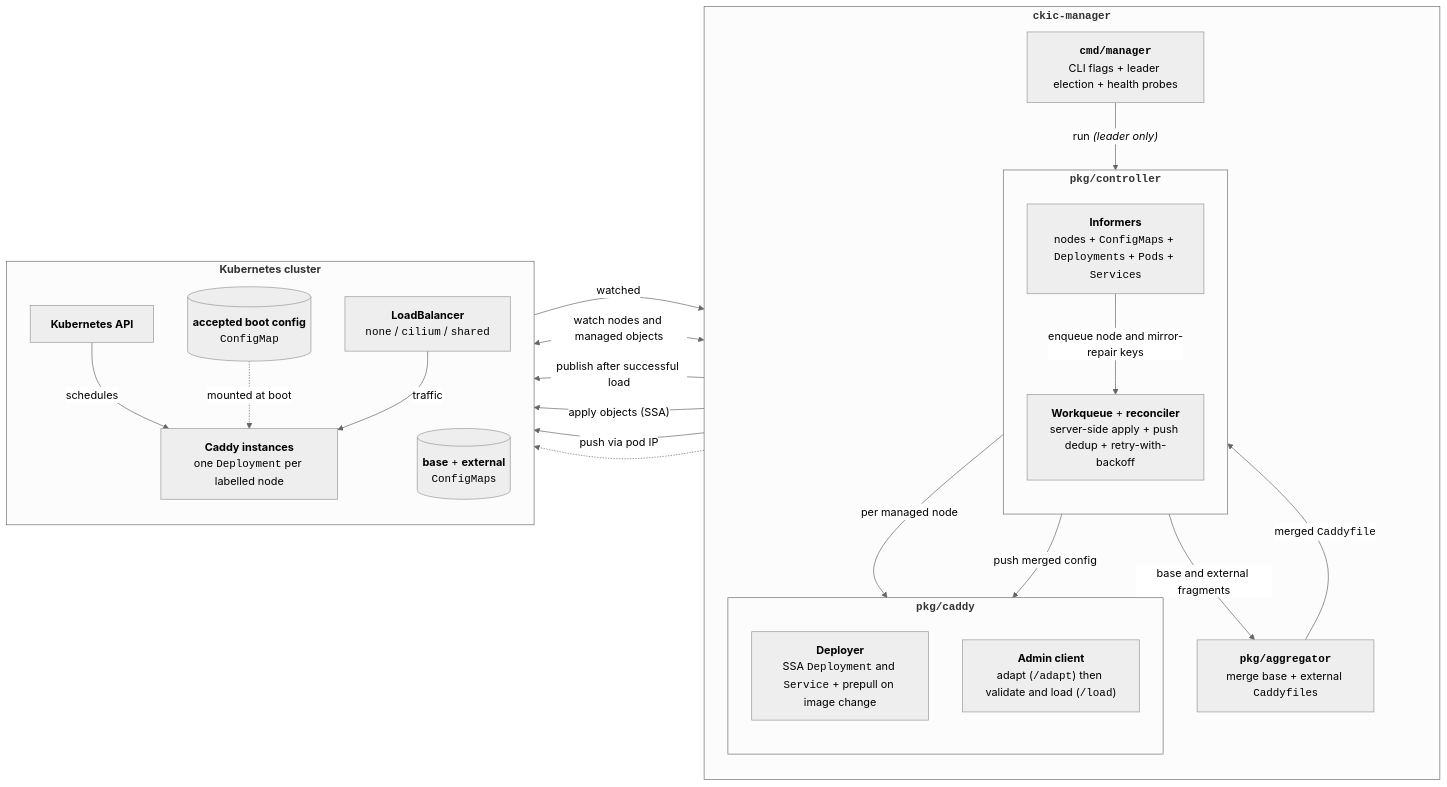
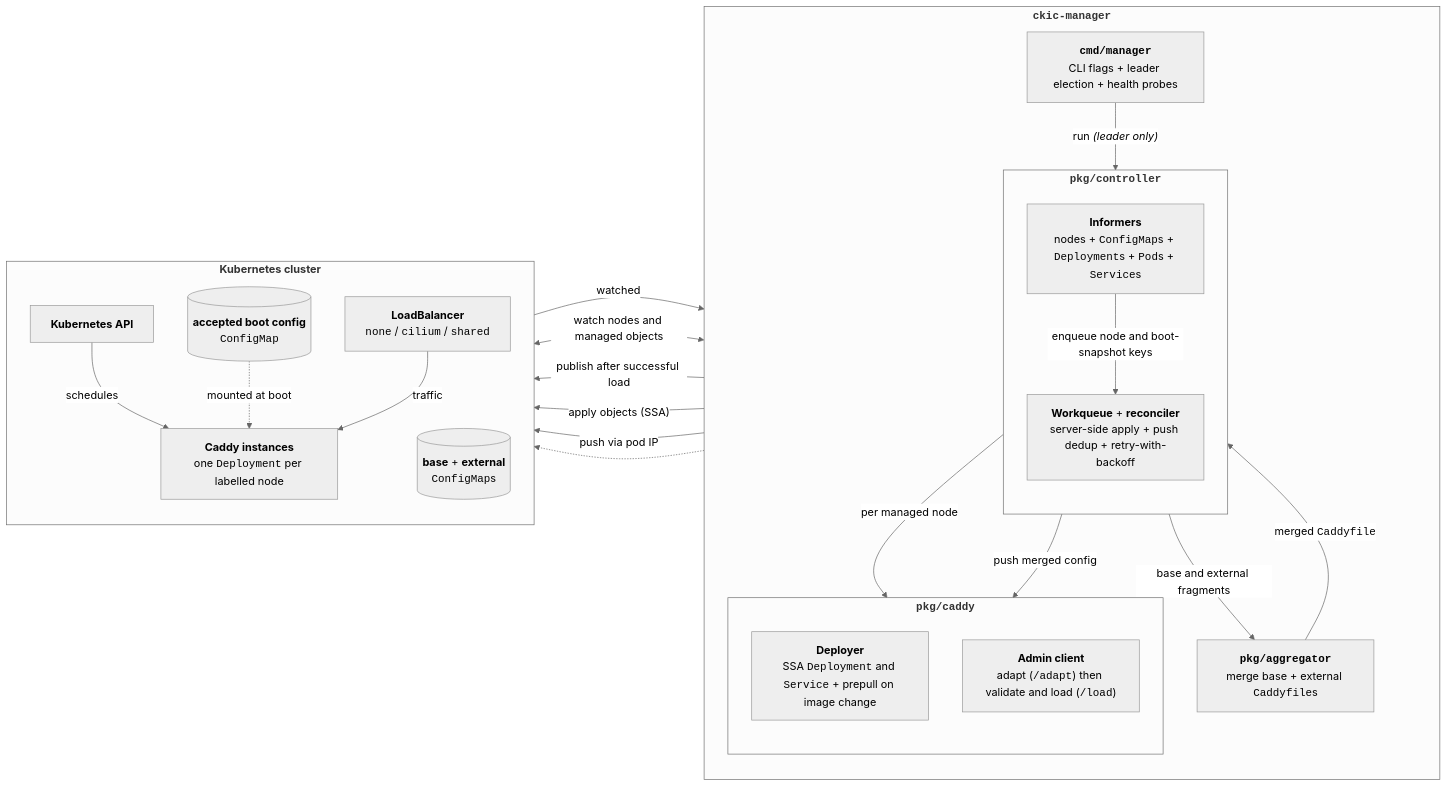
One commit to vapronva/ckic changed the diagram in README.md. Above: the diagram before and after it, drawn with Mermaid (neutral theme). The commit also changed 15 other files, not shown here.

Commit message:
fix: decouple accepted boot-snapshot publishing + validate environment secrets + skip invalid teardown labels; chore: go 1.27.2 + bump deps

````diff
--- a/README.md
+++ b/README.md
@@ -7,41 +7,41 @@
 ```mermaid
 flowchart LR
     subgraph Manager["<b><code>ckic-manager</code></b>"]
         direction TB
         Entry["<b><code>cmd/manager</code></b><br/>CLI flags + leader election + health probes"]
         subgraph Ctrl["<b><code>pkg/controller</code></b>"]
             direction TB
             Informers["<b>Informers</b><br/>nodes + <code>ConfigMap</code>s + <code>Deployment</code>s + <code>Pod</code>s + <code>Service</code>s"]
             Reconciler["<b>Workqueue</b> + <b>reconciler</b><br/>server-side apply + push dedup + retry-with-backoff"]
         end
         Aggregator["<b><code>pkg/aggregator</code></b><br/>merge base + external <code>Caddyfile</code>s"]
         subgraph CaddyPkg["<b><code>pkg/caddy</code></b>"]
             direction TB
             Deployer["<b>Deployer</b><br/>SSA <code>Deployment</code> and <code>Service</code> + prepull on image change"]
             Admin["<b>Admin client</b><br/>adapt (<code>/adapt</code>) then validate and load (<code>/load</code>)"]
         end
         Entry -->|"run <i>(leader only)</i>"| Reconciler
-        Informers -->|"enqueue node and mirror-repair keys"| Reconciler
+        Informers -->|"enqueue node and boot-snapshot keys"| Reconciler
         Informers -->|"base and external fragments"| Aggregator
         Aggregator -->|"merged <code>Caddyfile</code>"| Reconciler
         Reconciler -->|"per managed node"| Deployer
         Reconciler -->|"push merged config"| Admin
     end
     subgraph Cluster["<b>Kubernetes cluster</b>"]
         direction TB
         K8s["<b>Kubernetes API</b>"]
         ConfigMaps[("<b>base</b> + <b>external</b><br/><code>ConfigMap</code>s")]
         MirrorCM[("<b>accepted boot config</b><br/><code>ConfigMap</code>")]
         Instances["<b>Caddy instances</b><br/>one <code>Deployment</code> per labelled node"]
         LB["<b>LoadBalancer</b><br/><code>none</code> / <code>cilium</code> / <code>shared</code>"]
     end
     Informers <-->|"watch nodes and managed objects"| K8s
     ConfigMaps -->|"watched"| Informers
     Aggregator -->|"publish after successful load"| MirrorCM
     Deployer -->|"apply objects (SSA)"| K8s
     K8s -->|"schedules"| Instances
     MirrorCM -.->|"mounted at boot"| Instances
     Admin -->|"push via pod IP"| Instances
     Deployer -.-> LB
     LB -->|"traffic"| Instances
 ```
````
